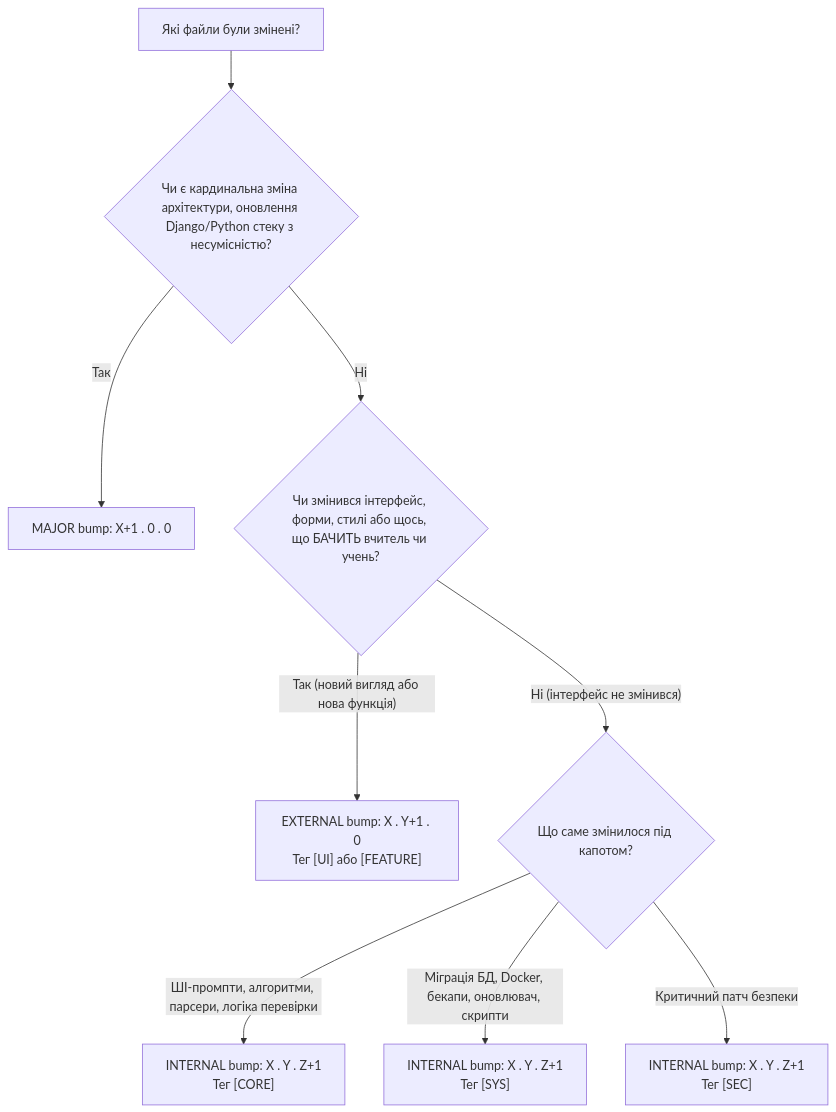
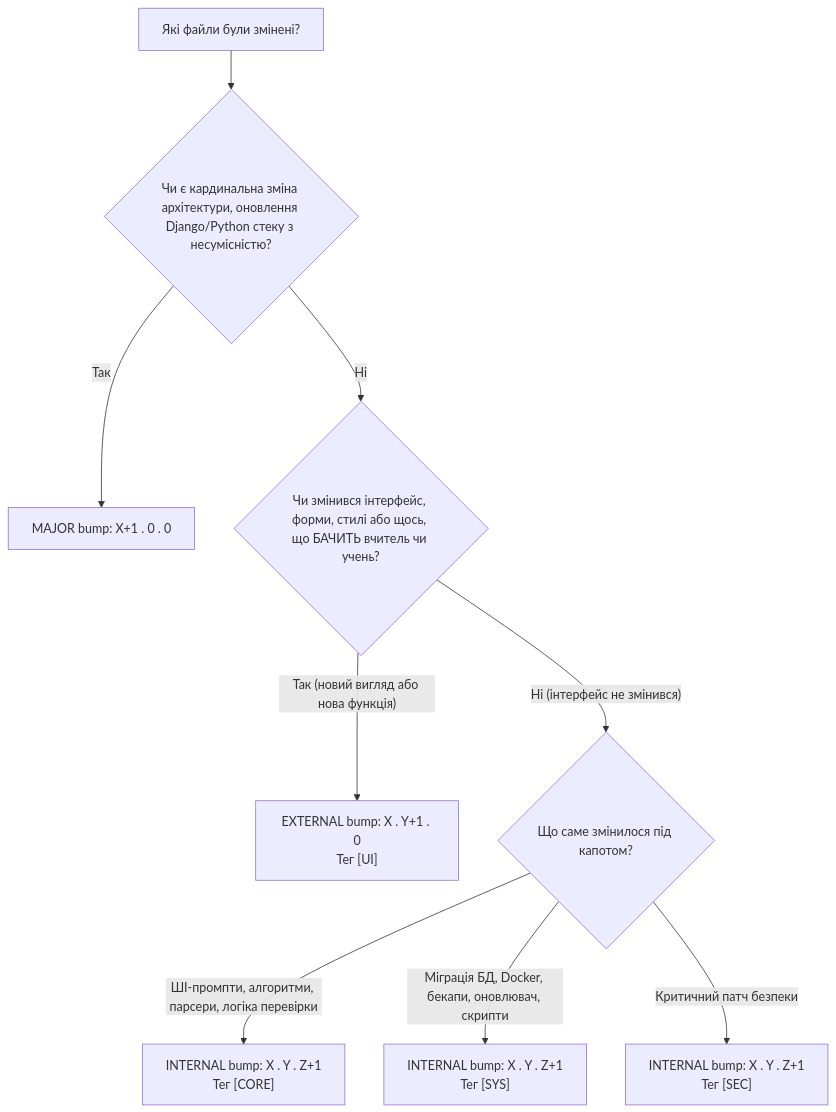
Before and after one commit to yrskrs/schoolwork2: the diagram in docs/VERSIONING_POLICY.md, drawn with Mermaid. The commit also changed other lines of this file and 18 other files, not shown here.

````diff
--- a/docs/VERSIONING_POLICY.md
+++ b/docs/VERSIONING_POLICY.md
@@ -60,11 +60,11 @@
 ```mermaid
 flowchart TD
     A["Які файли були змінені?"] --> B{"Чи є кардинальна зміна архітектури, оновлення Django/Python стеку з несумісністю?"}
     B -- "Так" --> C["MAJOR bump: X+1 . 0 . 0"]
     B -- "Ні" --> D{"Чи змінився інтерфейс, форми, стилі або щось, що БАЧИТЬ вчитель чи учень?"}
-    D -- "Так (новий вигляд або нова функція)" --> E["EXTERNAL bump: X . Y+1 . 0<br/>Тег [UI] або [FEATURE]"]
+    D -- "Так (новий вигляд або нова функція)" --> E["EXTERNAL bump: X . Y+1 . 0<br/>Тег [UI]"]
     D -- "Ні (інтерфейс не змінився)" --> F{"Що саме змінилося під капотом?"}
     F -- "ШІ-промпти, алгоритми, парсери, логіка перевірки" --> G["INTERNAL bump: X . Y . Z+1<br/>Тег [CORE]"]
     F -- "Міграція БД, Docker, бекапи, оновлювач, скрипти" --> H["INTERNAL bump: X . Y . Z+1<br/>Тег [SYS]"]
     F -- "Критичний патч безпеки" --> I["INTERNAL bump: X . Y . Z+1<br/>Тег [SEC]"]
 ```
````
